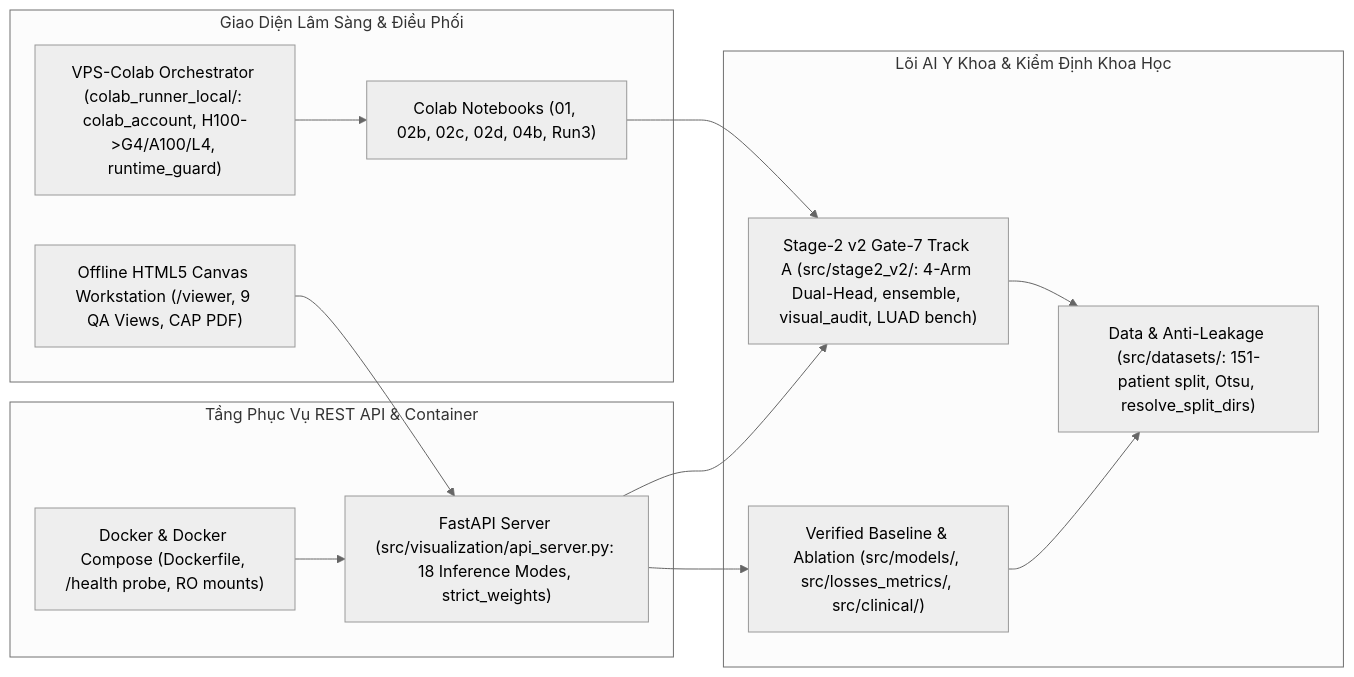
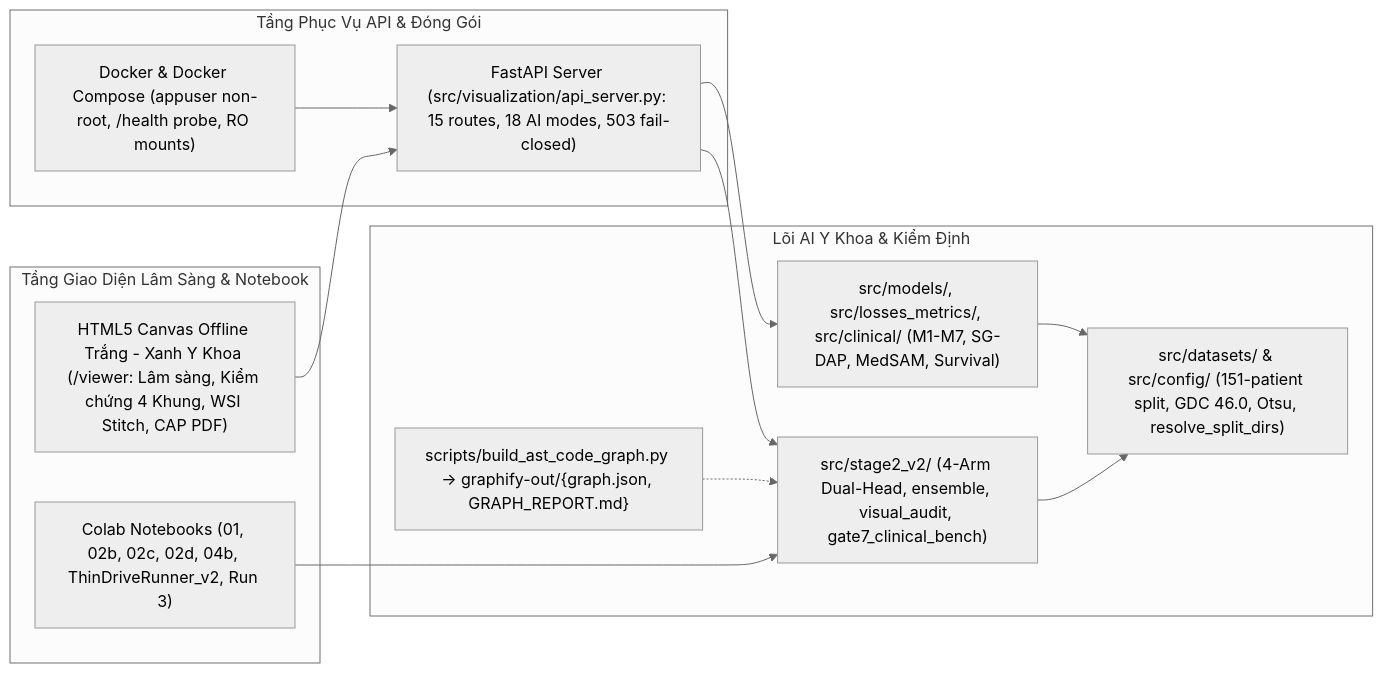
The diagram in README.md (khoinguyen59/medical-wsss), drawn with Mermaid (neutral theme) before and after one commit. The commit also changed other lines of this file and 63 other files, not shown here.

Commit message:
chore(repo): optimize GitHub surface, consolidate 16 Vietnamese docs, upgrade clinical white-green UI, and recompile 4 verified deliverables

````diff
--- a/README.md
+++ b/README.md
@@ -103,28 +161,28 @@
 ```mermaid
 flowchart LR
-    subgraph Client_Layer ["Giao Diện Lâm Sàng & Điều Phối"]
-        UI["Offline HTML5 Canvas Workstation (/viewer, 9 QA Views, CAP PDF)"]
-        NB["Colab Notebooks (01, 02b, 02c, 02d, 04b, Run3)"]
-        VPS["VPS-Colab Orchestrator (colab_runner_local/: colab_account, H100->G4/A100/L4, runtime_guard)"]
+    subgraph Client ["Tầng Giao Diện Lâm Sàng & Notebook"]
+        UI["HTML5 Canvas Offline Trắng - Xanh Y Khoa (/viewer: Lâm sàng, Kiểm chứng 4 Khung, WSI Stitch, CAP PDF)"]
+        NB["Colab Notebooks (01, 02b, 02c, 02d, 04b, ThinDriveRunner_v2, Run 3)"]
     end
 
-    subgraph Serving_Layer ["Tầng Phục Vụ REST API & Container"]
-        FAST["FastAPI Server (src/visualization/api_server.py: 18 Inference Modes, strict_weights)"]
-        DOCK["Docker & Docker Compose (Dockerfile, /health probe, RO mounts)"]
+    subgraph Serving ["Tầng Phục Vụ API & Đóng Gói"]
+        FAST["FastAPI Server (src/visualization/api_server.py: 15 routes, 18 AI modes, 503 fail-closed)"]
+        DOCK["Docker & Docker Compose (appuser non-root, /health probe, RO mounts)"]
     end
 
-    subgraph Domain_Layer ["Lõi AI Y Khoa & Kiểm Định Khoa Học"]
-        DATA["Data & Anti-Leakage (src/datasets/: 151-patient split, Otsu, resolve_split_dirs)"]
-        G7["Stage-2 v2 Gate-7 Track A (src/stage2_v2/: 4-Arm Dual-Head, ensemble, visual_audit, LUAD bench)"]
-        BASE["Verified Baseline & Ablation (src/models/, src/losses_metrics/, src/clinical/)"]
+    subgraph Core ["Lõi AI Y Khoa & Kiểm Định"]
+        DATA["src/datasets/ & src/config/ (151-patient split, GDC 46.0, Otsu, resolve_split_dirs)"]
+        G7["src/stage2_v2/ (4-Arm Dual-Head, ensemble, visual_audit, gate7_clinical_bench)"]
+        BASE["src/models/, src/losses_metrics/, src/clinical/ (M1-M7, SG-DAP, MedSAM, Survival)"]
+        AST["scripts/build_ast_code_graph.py -> graphify-out/{graph.json, GRAPH_REPORT.md}"]
     end
 
     UI --> FAST
     DOCK --> FAST
     NB --> G7
-    VPS --> NB
     FAST --> G7
     FAST --> BASE
     G7 --> DATA
     BASE --> DATA
+    AST -.-> G7
 ```
````
